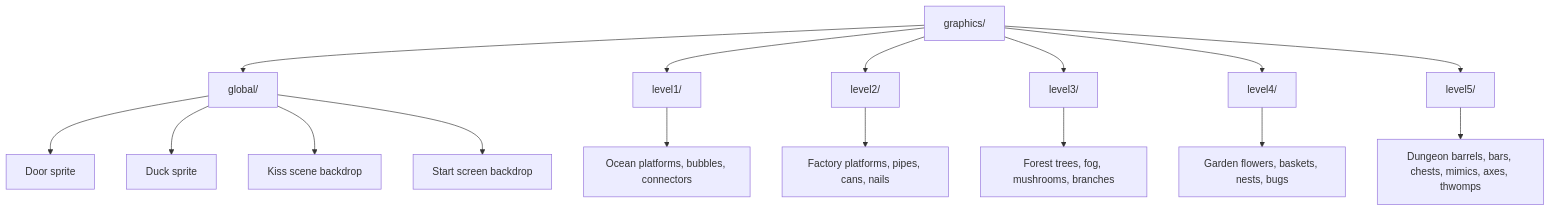
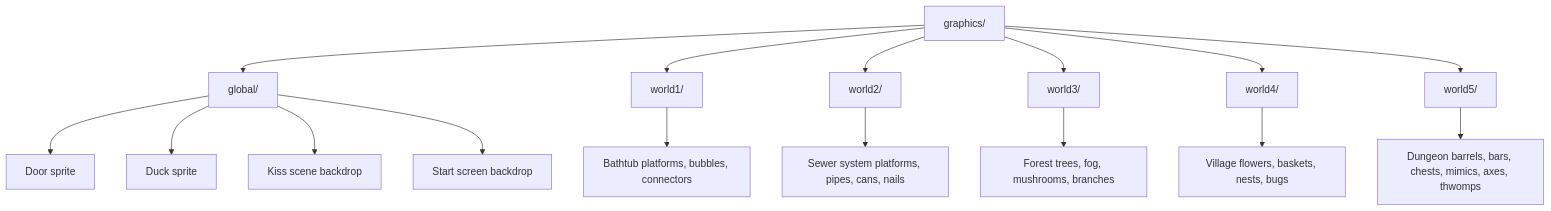
The first of 3 diagrams in docs/asset-management.md (gba-projekt-thi/platformer), drawn with Mermaid before and after one commit. The commit also changed 1 other file, not shown here.

Commit message:
docs: sync world1-5 asset naming in asset-management.md, trim game.md bullets
asset-management.md's graphics-organization diagram still labeled the
per-world graphics folders level1/-level5/, left over from before the
level->world asset rename. Updated the diagram nodes and their edges
to world1/-world5/, matching the folder names now on disk. Checked
every other doc page (README, architecture, components,
development-workflow, extensibility, game-concepts, getting-started,
glossary, index, level-design, system-internals) for the same
leftover naming - none reference the old level1-level5 folder/file
names, only the generic 'level'/'stage' terms for gameplay levels,
which are correct and unrelated to the asset rename.

Also trims the save_sync_controller.h and i_resettable.h bullets in
game.md down to two lines each, matching the brevity already used for
the trap_factory.h bullet - game.md is meant as a quick map, with the
full behavioral detail already covered in docs/architecture.md and
docs/components.md.

No content changes beyond the folder-name fix and the trim - nothing
described becomes inaccurate.

````diff
--- a/docs/asset-management.md
+++ b/docs/asset-management.md
@@ -16,18 +16,18 @@
 ```mermaid
 graph TD
     G[graphics/] --> Glob[global/]
-    G --> L1[level1/]
-    G --> L2[level2/]
-    G --> L3[level3/]
-    G --> L4[level4/]
-    G --> L5[level5/]
+    G --> W1[world1/]
+    G --> W2[world2/]
+    G --> W3[world3/]
+    G --> W4[world4/]
+    G --> W5[world5/]
     Glob --> Door[Door sprite]
     Glob --> Duck[Duck sprite]
     Glob --> Kiss[Kiss scene backdrop]
     Glob --> Start[Start screen backdrop]
-    L1 --> T1[Ocean platforms, bubbles, connectors]
-    L2 --> T2[Factory platforms, pipes, cans, nails]
-    L3 --> T3[Forest trees, fog, mushrooms, branches]
-    L4 --> T4[Garden flowers, baskets, nests, bugs]
-    L5 --> T5[Dungeon barrels, bars, chests, mimics, axes, thwomps]
+    W1 --> T1[Bathtub platforms, bubbles, connectors]
+    W2 --> T2[Sewer system platforms, pipes, cans, nails]
+    W3 --> T3[Forest trees, fog, mushrooms, branches]
+    W4 --> T4[Village flowers, baskets, nests, bugs]
+    W5 --> T5[Dungeon barrels, bars, chests, mimics, axes, thwomps]
 ```
````
